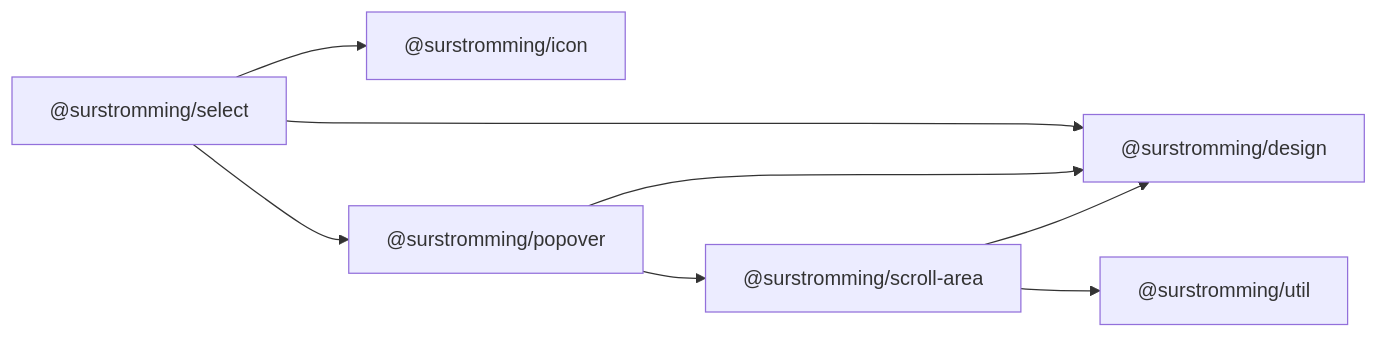
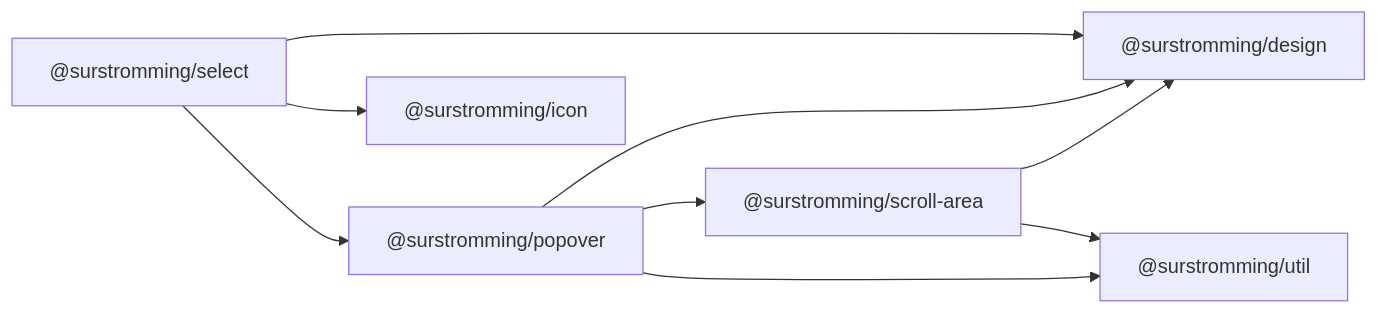
The diagram in packages/select/README.md (hackteck/surstromming), drawn with Mermaid before and after one commit. The commit also changed other lines of this file and 23 other files, not shown here.

````diff
--- a/packages/select/README.md
+++ b/packages/select/README.md
@@ -8,16 +8,17 @@
 ```mermaid
 graph LR
   select["@surstromming/select"]
   design["@surstromming/design"]
   icon["@surstromming/icon"]
   popover["@surstromming/popover"]
   scroll_area["@surstromming/scroll-area"]
   util["@surstromming/util"]
   select --> design
   select --> icon
   select --> popover
   popover --> design
   popover --> scroll_area
+  popover --> util
   scroll_area --> design
   scroll_area --> util
 ```
````
